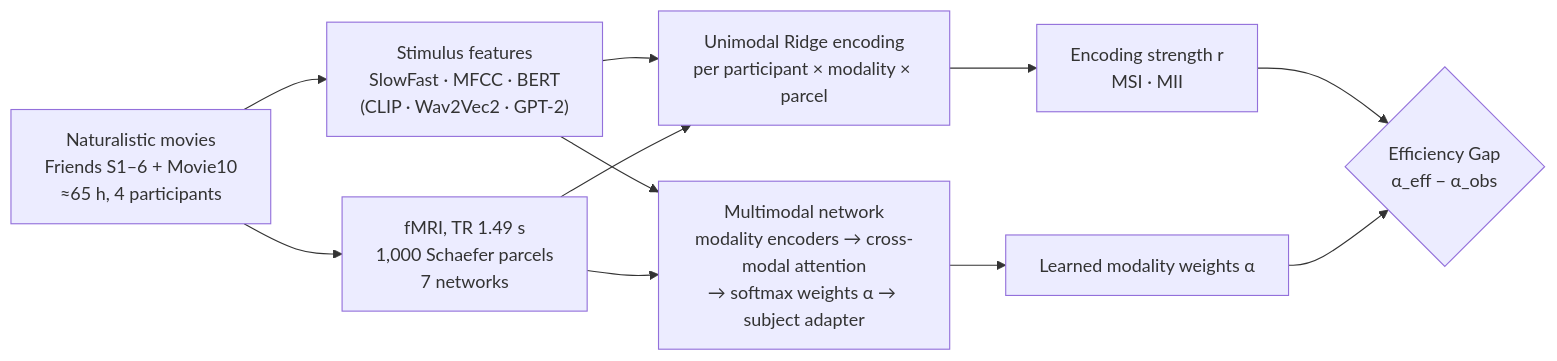
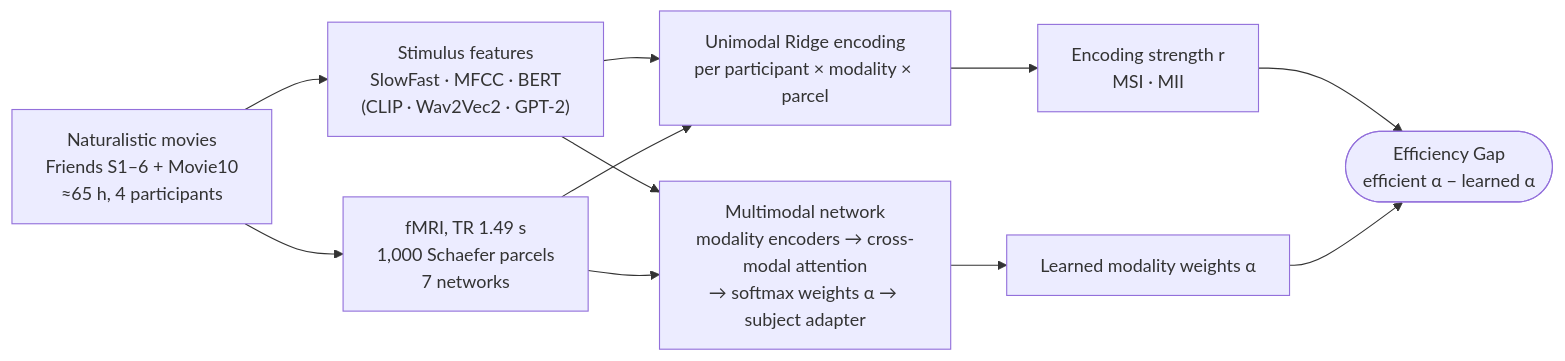
Before and after one commit to xiaoyanLi629/encoding-attention-dissociation: the diagram in README.md, drawn with Mermaid.

Commit message:
README: use a rounded node for the Efficiency Gap so its label is not clipped

````diff
--- a/README.md
+++ b/README.md
@@ -59,13 +59,13 @@
 ```mermaid
 flowchart LR
     A["Naturalistic movies<br/>Friends S1–6 + Movie10<br/>≈65 h, 4 participants"] --> B["Stimulus features<br/>SlowFast · MFCC · BERT<br/>(CLIP · Wav2Vec2 · GPT-2)"]
     A --> C["fMRI, TR 1.49 s<br/>1,000 Schaefer parcels<br/>7 networks"]
     B --> D["Unimodal Ridge encoding<br/>per participant × modality × parcel"]
     C --> D
     B --> E["Multimodal network<br/>modality encoders → cross-modal attention<br/>→ softmax weights α → subject adapter"]
     C --> E
     D --> F["Encoding strength r<br/>MSI · MII"]
     E --> G["Learned modality weights α"]
-    F --> H{"Efficiency Gap<br/>α_eff − α_obs"}
+    F --> H(["Efficiency Gap<br/>efficient α − learned α"])
     G --> H
 ```
````
